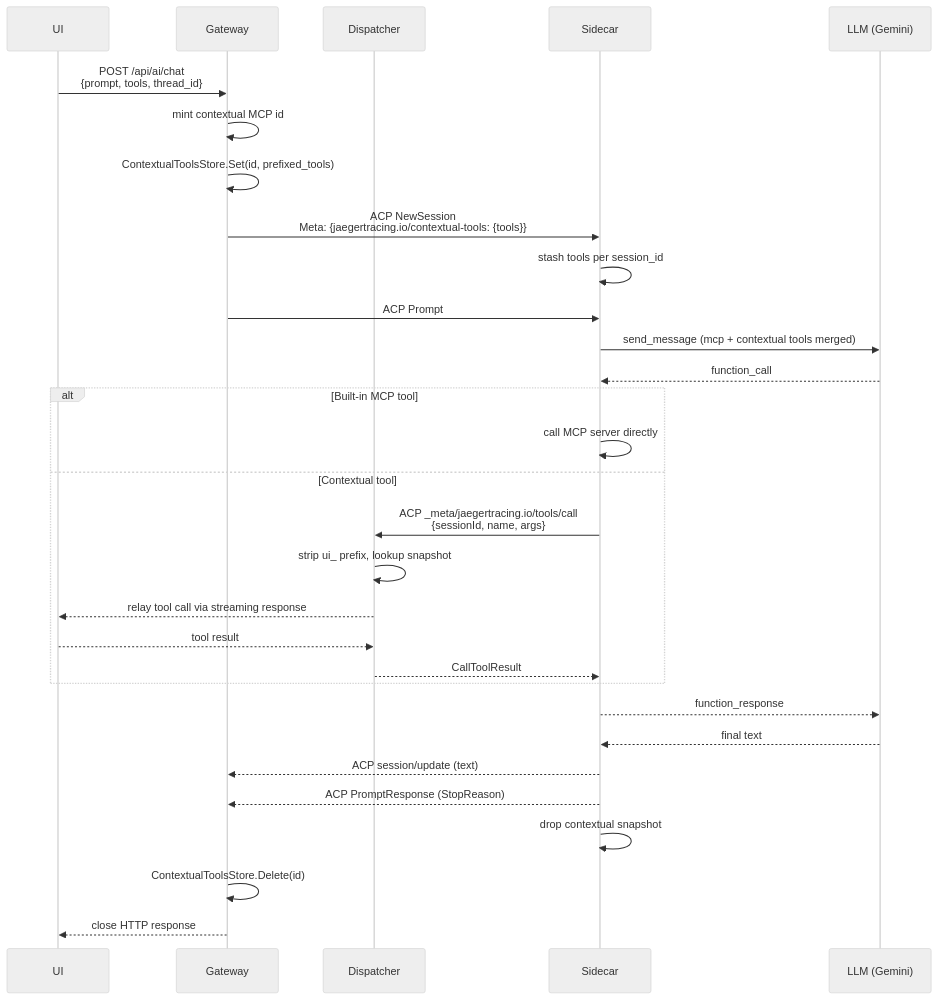
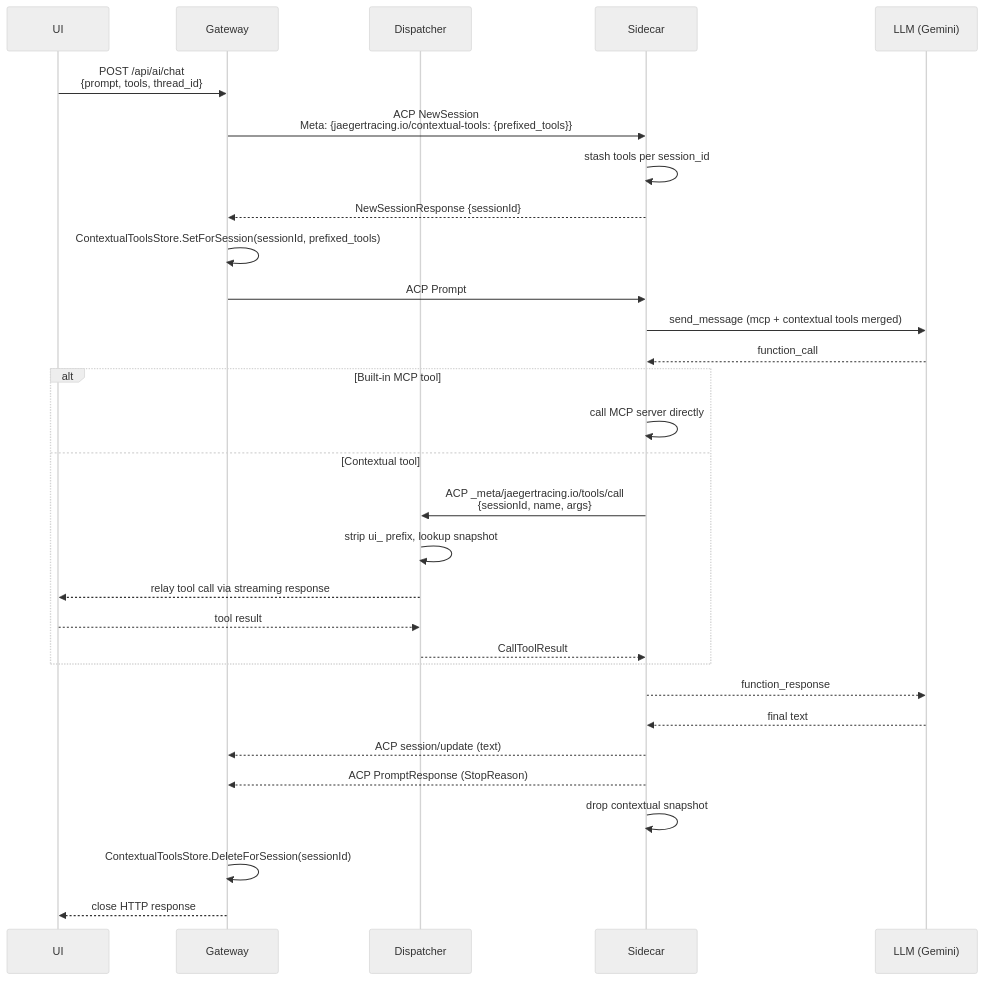
The second of 2 diagrams in docs/rfc/0002-ai-gateway-contextual-tools.md (jaegertracing/jaeger), drawn with Mermaid (neutral theme) before and after one commit. The commit also changed other lines of this file and 4 other files, not shown here.

````diff
--- a/docs/rfc/0002-ai-gateway-contextual-tools.md
+++ b/docs/rfc/0002-ai-gateway-contextual-tools.md
@@ -234,35 +234,35 @@
 ```mermaid
 sequenceDiagram
     participant UI
     participant GW as Gateway
     participant DSP as Dispatcher
     participant SC as Sidecar
     participant LLM as LLM (Gemini)
 
     UI->>GW: POST /api/ai/chat<br>{prompt, tools, thread_id}
-    GW->>GW: mint contextual MCP id
-    GW->>GW: ContextualToolsStore.Set(id, prefixed_tools)
-    GW->>SC: ACP NewSession<br>Meta: {jaegertracing.io/contextual-tools: {tools}}
+    GW->>SC: ACP NewSession<br>Meta: {jaegertracing.io/contextual-tools: {prefixed_tools}}
     SC->>SC: stash tools per session_id
+    SC-->>GW: NewSessionResponse {sessionId}
+    GW->>GW: ContextualToolsStore.SetForSession(sessionId, prefixed_tools)
     GW->>SC: ACP Prompt
     SC->>LLM: send_message (mcp + contextual tools merged)
     LLM-->>SC: function_call
 
     alt Built-in MCP tool
         SC->>SC: call MCP server directly
     else Contextual tool
         SC->>DSP: ACP _meta/jaegertracing.io/tools/call<br>{sessionId, name, args}
         DSP->>DSP: strip ui_ prefix, lookup snapshot
         DSP-->>UI: relay tool call via streaming response
         UI-->>DSP: tool result
         DSP-->>SC: CallToolResult
     end
 
     SC-->>LLM: function_response
     LLM-->>SC: final text
     SC-->>GW: ACP session/update (text)
     SC-->>GW: ACP PromptResponse (StopReason)
     SC->>SC: drop contextual snapshot
-    GW->>GW: ContextualToolsStore.Delete(id)
+    GW->>GW: ContextualToolsStore.DeleteForSession(sessionId)
     GW-->>UI: close HTTP response
 ```
````
